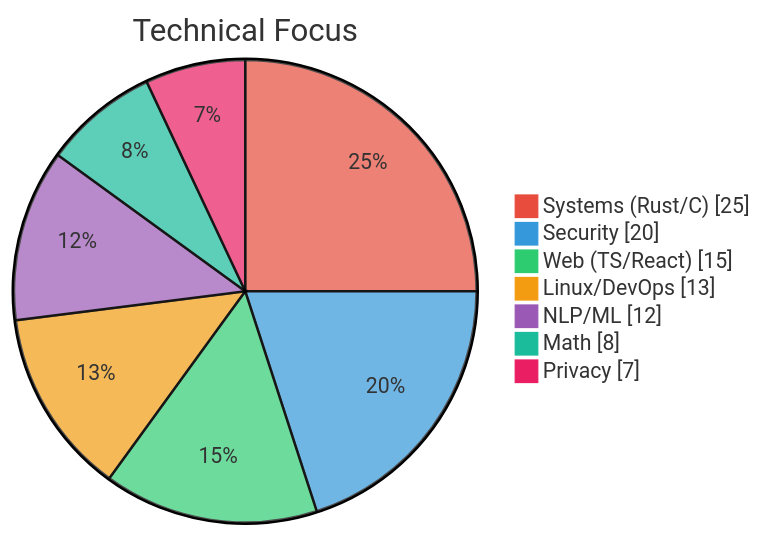
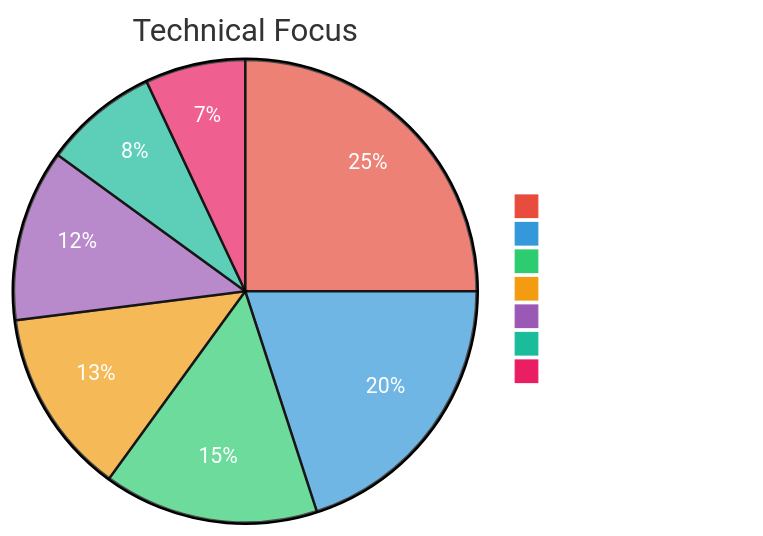
The diagram in README.md (johnzfitch/johnzfitch), drawn with Mermaid before and after one commit.

Commit message:
Improve pie chart text contrast with white labels

````diff
--- a/README.md
+++ b/README.md
@@ -31,12 +31,12 @@
 ```mermaid
-%%{init: {'theme':'base', 'themeVariables': {'pie1': '#e74c3c', 'pie2': '#3498db', 'pie3': '#2ecc71', 'pie4': '#f39c12', 'pie5': '#9b59b6', 'pie6': '#1abc9c', 'pie7': '#e91e63'}}}%%
+%%{init: {'theme':'base', 'themeVariables': {'pie1': '#e74c3c', 'pie2': '#3498db', 'pie3': '#2ecc71', 'pie4': '#f39c12', 'pie5': '#9b59b6', 'pie6': '#1abc9c', 'pie7': '#e91e63', 'pieSectionTextColor': '#ffffff', 'pieLegendTextColor': '#ffffff'}}}%%
 pie showData
     title Technical Focus
     "Systems (Rust/C)" : 25
     "Security" : 20
     "Web (TS/React)" : 15
     "Linux/DevOps" : 13
     "NLP/ML" : 12
     "Math" : 8
     "Privacy" : 7
 ```
````
